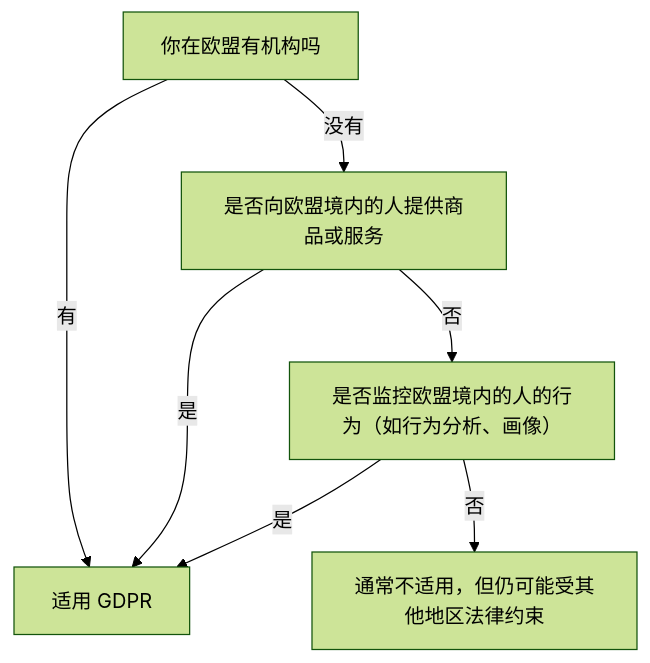
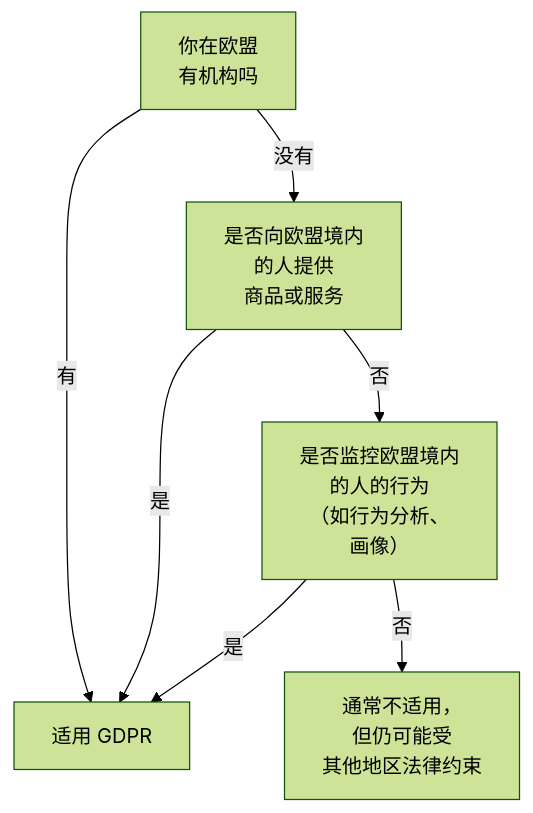
The first of 2 diagrams in books/going-global/05-gdpr-privacy.md (jarvis-pro/hatch-shelf), drawn with Mermaid (forest theme) before and after one commit. The commit also changed other lines of this file and 432 other files, not shown here.

````diff
--- a/books/going-global/05-gdpr-privacy.md
+++ b/books/going-global/05-gdpr-privacy.md
@@ -16,9 +16,9 @@
 ```mermaid
 flowchart TD
-  A["你在欧盟有机构吗"] -- "有" --> Y["适用 GDPR"]
-  A -- "没有" --> B["是否向欧盟境内的人提供商品或服务"]
+  A["你在欧盟<br/>有机构吗"] -- "有" --> Y["适用 GDPR"]
+  A -- "没有" --> B["是否向欧盟境内<br/>的人提供<br/>商品或服务"]
   B -- "是" --> Y
-  B -- "否" --> C["是否监控欧盟境内的人的行为（如行为分析、画像）"]
+  B -- "否" --> C["是否监控欧盟境内<br/>的人的行为<br/>（如行为分析、<br/>画像）"]
   C -- "是" --> Y
-  C -- "否" --> N["通常不适用，但仍可能受其他地区法律约束"]
+  C -- "否" --> N["通常不适用，<br/>但仍可能受<br/>其他地区法律约束"]
 ```
````
